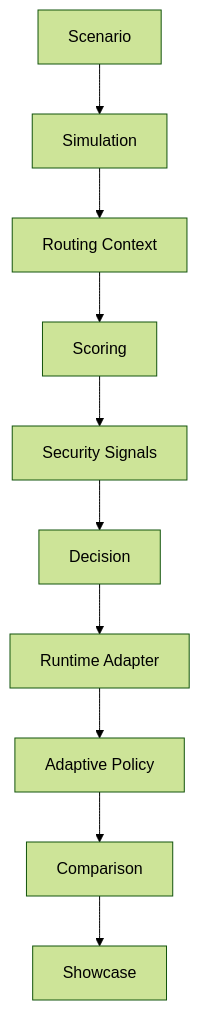
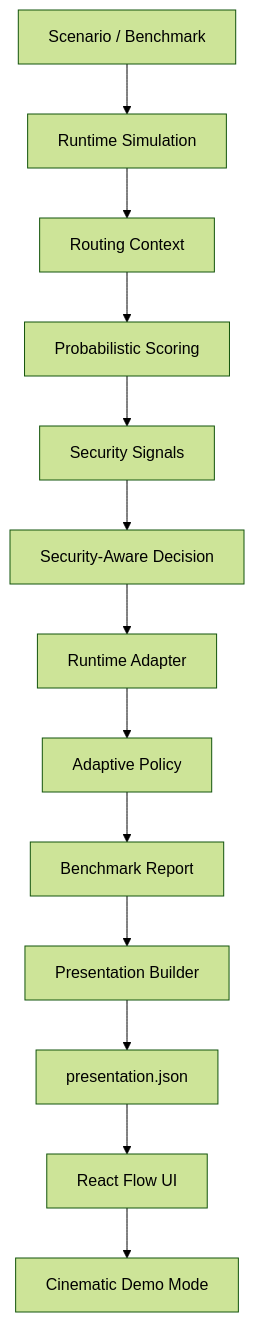
The seventh of 7 diagrams in docs/architecture.md (leozzmc/AetherNet), drawn with Mermaid (forest theme) before and after one commit. The commit also changed other lines of this file and 6 other files, not shown here.

````diff
--- a/docs/architecture.md
+++ b/docs/architecture.md
@@ -278,18 +359,21 @@
 ```mermaid
 flowchart TB
-    SCEN[Scenario]
-    SIM[Simulation]
+    SCEN[Scenario / Benchmark]
+    SIM[Runtime Simulation]
     CONTEXT[Routing Context]
-    SCORE[Scoring]
+    SCORE[Probabilistic Scoring]
     SIGNAL[Security Signals]
-    DECISION[Decision]
+    DECISION[Security-Aware Decision]
     ADAPTER[Runtime Adapter]
     ADAPTIVE[Adaptive Policy]
-    COMP[Comparison]
-    SHOW[Showcase]
+    REPORT[Benchmark Report]
+    PRESENT[Presentation Builder]
+    JSON[presentation.json]
+    UI[React Flow UI]
+    DEMO[Cinematic Demo Mode]
 
     SCEN --> SIM --> CONTEXT
     CONTEXT --> SCORE --> SIGNAL --> DECISION
     DECISION --> ADAPTER --> ADAPTIVE
-    ADAPTIVE --> COMP --> SHOW
+    ADAPTIVE --> REPORT --> PRESENT --> JSON --> UI --> DEMO
 ```
````
